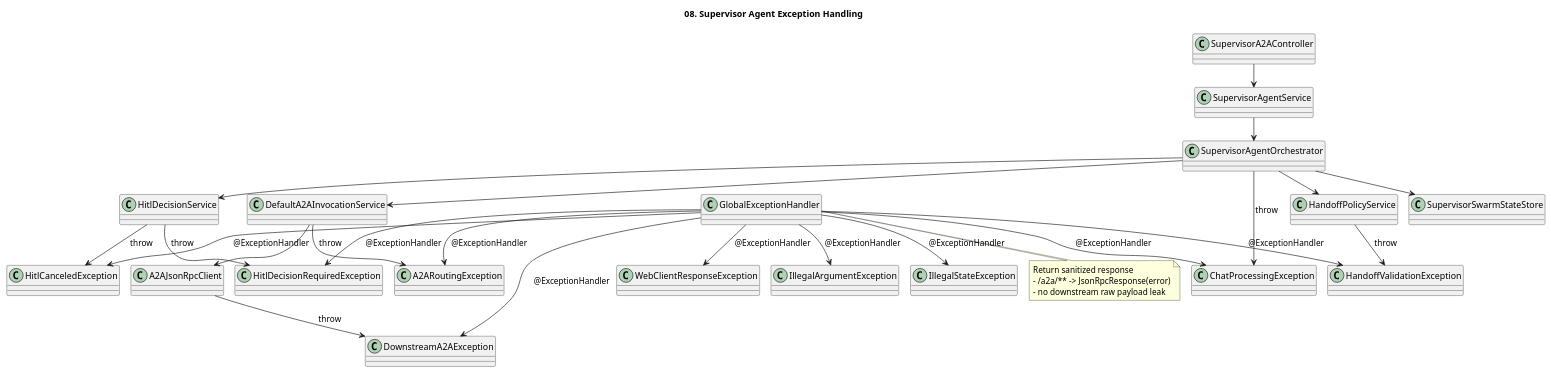
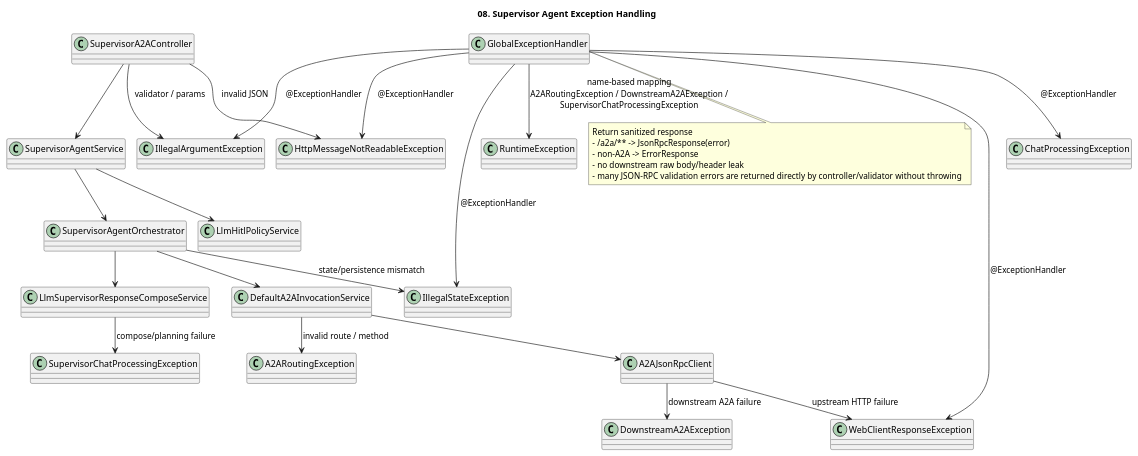
The diagram in documents/a2a-host_agent-architecture/08-exception-handling.puml (kim57uak/spring-ai), drawn with PlantUML before and after one commit. The commit also changed 15 other files, not shown here.

```diff
--- a/documents/a2a-host_agent-architecture/08-exception-handling.puml
+++ b/documents/a2a-host_agent-architecture/08-exception-handling.puml
@@ -1,65 +1,55 @@
 @startuml
 !pragma layout smetana
 title 08. Supervisor Agent Exception Handling
 
 skinparam shadowing false
 skinparam componentStyle rectangle
 
 class SupervisorA2AController
 class SupervisorAgentService
 class SupervisorAgentOrchestrator
-class HitlDecisionService
-class HandoffPolicyService
+class LlmHitlPolicyService
+class LlmSupervisorResponseComposeService
 class DefaultA2AInvocationService
 class A2AJsonRpcClient
 class GlobalExceptionHandler
-class SupervisorSwarmStateStore
 
+class A2ARoutingException
+class DownstreamA2AException
+class SupervisorChatProcessingException
 class ChatProcessingException
-class DownstreamA2AException
-class A2ARoutingException
-class HitlDecisionRequiredException
-class HitlCanceledException
-class HandoffValidationException
 class WebClientResponseException
+class HttpMessageNotReadableException
+class IllegalArgumentException
+class IllegalStateException
 
 SupervisorA2AController --> SupervisorAgentService
 SupervisorAgentService --> SupervisorAgentOrchestrator
-SupervisorAgentOrchestrator --> HitlDecisionService
-SupervisorAgentOrchestrator --> HandoffPolicyService
+SupervisorAgentService --> LlmHitlPolicyService
+SupervisorAgentOrchestrator --> LlmSupervisorResponseComposeService
 SupervisorAgentOrchestrator --> DefaultA2AInvocationService
-SupervisorAgentOrchestrator --> SupervisorSwarmStateStore
 DefaultA2AInvocationService --> A2AJsonRpcClient
 
-A2AJsonRpcClient --> DownstreamA2AException : throw
-DefaultA2AInvocationService --> A2ARoutingException : throw
-SupervisorAgentOrchestrator --> ChatProcessingException : throw
-HitlDecisionService --> HitlDecisionRequiredException : throw
-HitlDecisionService --> HitlCanceledException : throw
-HandoffPolicyService --> HandoffValidationException : throw
+DefaultA2AInvocationService --> A2ARoutingException : invalid route / method
+A2AJsonRpcClient --> DownstreamA2AException : downstream A2A failure
+LlmSupervisorResponseComposeService --> SupervisorChatProcessingException : compose/planning failure
+SupervisorAgentOrchestrator --> IllegalStateException : state/persistence mismatch
+SupervisorA2AController --> IllegalArgumentException : validator / params
+SupervisorA2AController --> HttpMessageNotReadableException : invalid JSON
+A2AJsonRpcClient --> WebClientResponseException : upstream HTTP failure
 
 GlobalExceptionHandler --> ChatProcessingException : @ExceptionHandler
-GlobalExceptionHandler --> DownstreamA2AException : @ExceptionHandler
-GlobalExceptionHandler --> A2ARoutingException : @ExceptionHandler
-GlobalExceptionHandler --> HitlDecisionRequiredException : @ExceptionHandler
-GlobalExceptionHandler --> HitlCanceledException : @ExceptionHandler
-GlobalExceptionHandler --> HandoffValidationException : @ExceptionHandler
-GlobalExceptionHandler --> WebClientResponseException : @ExceptionHandler
+GlobalExceptionHandler --> RuntimeException : name-based mapping\nA2ARoutingException / DownstreamA2AException /\nSupervisorChatProcessingException
 GlobalExceptionHandler --> IllegalArgumentException : @ExceptionHandler
 GlobalExceptionHandler --> IllegalStateException : @ExceptionHandler
+GlobalExceptionHandler --> WebClientResponseException : @ExceptionHandler
+GlobalExceptionHandler --> HttpMessageNotReadableException : @ExceptionHandler
 
 note bottom of GlobalExceptionHandler
 Return sanitized response
 - /a2a/** -> JsonRpcResponse(error)
-- no downstream raw payload leak
+- non-A2A -> ErrorResponse
+- no downstream raw body/header leak
+- many JSON-RPC validation errors are returned directly by controller/validator without throwing
 end note
-
-' 2026-04-13 sync with doc 34
-' - add handoff validation exception mapping
-' - when handoff.enabled=false, directive is skipped (not failed)
-' 2026-04-12 sync with docs 30/31
-' - Scope: HITL decision limited to APPROVE/CANCEL in current phase
-' - Data mutation requests (create/update/delete) require mandatory HITL
-' - A2A compatibility mode keeps both legacy and v1.0 methods
-' - User profile input collection is deferred to next phase
 @enduml
```
